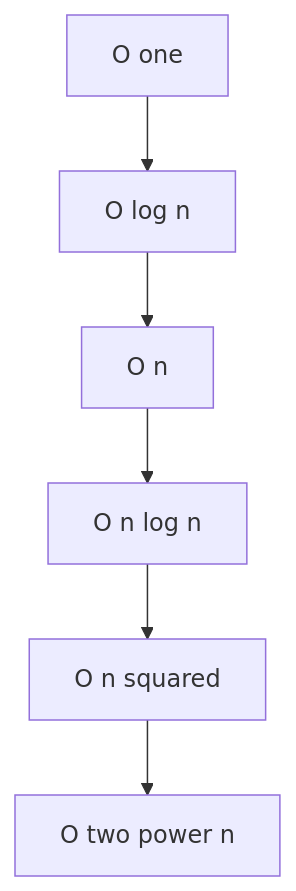
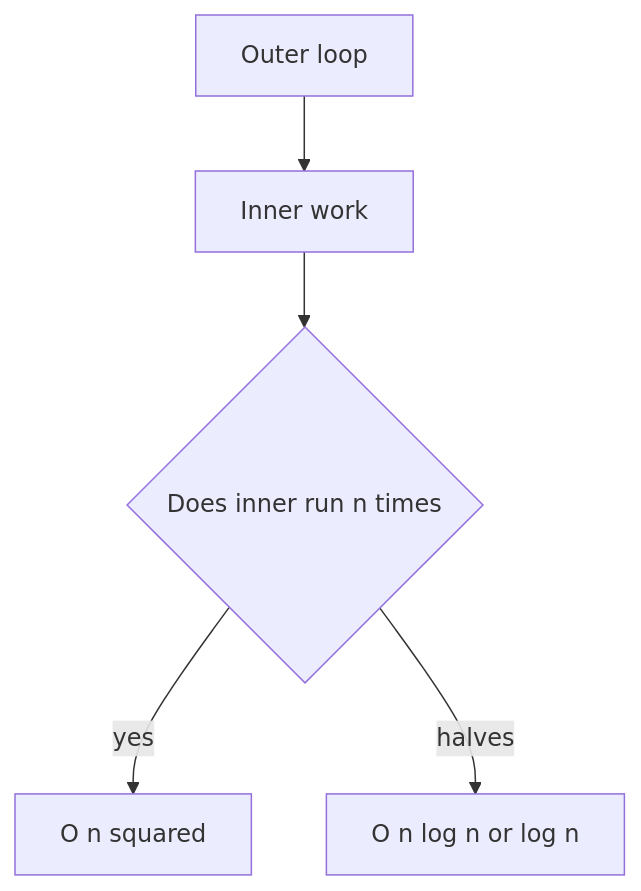
Before and after one commit to mthaiseer/springcloud-systemdesign-notes: the ninth of 14 diagrams in CP_DSA_NOTES/000_MATH/001_cp_maths_basics.md, drawn with Mermaid. The commit also changed other lines of this file and 1 other file, not shown here.

````diff
--- a/CP_DSA_NOTES/000_MATH/001_cp_maths_basics.md
+++ b/CP_DSA_NOTES/000_MATH/001_cp_maths_basics.md
@@ -444,8 +568,7 @@
 ```mermaid
 flowchart TD
-    A[O one] --> B[O log n]
-    B --> C[O n]
-    C --> D[O n log n]
-    D --> E[O n squared]
-    E --> F[O two power n]
+    A[Outer loop] --> B[Inner work]
+    B --> C{Does inner run n times}
+    C -->|yes| D[O n squared]
+    C -->|halves| E[O n log n or log n]
 ```
````
